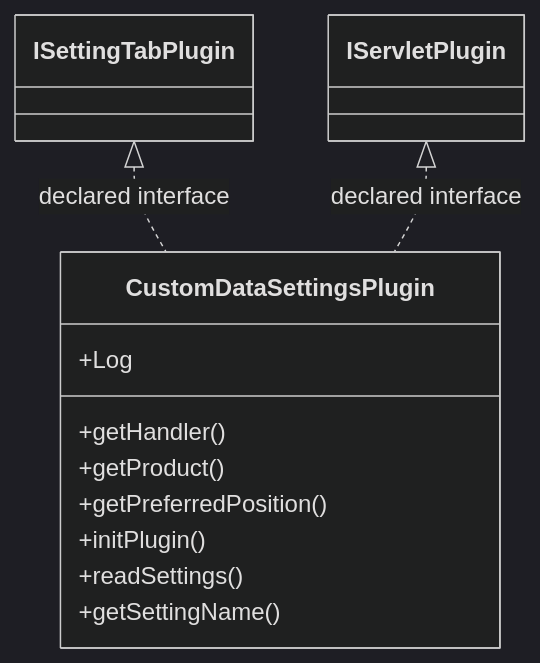
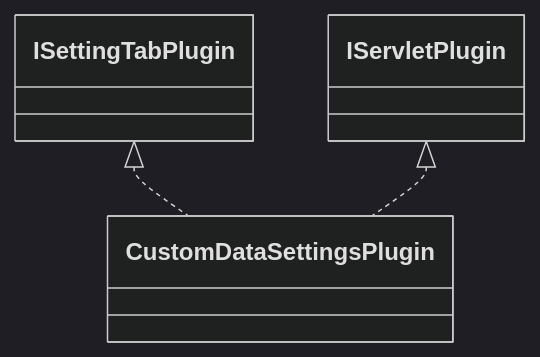
Before and after one commit to haruperi/HaruQuantAI: the diagram in docs/sqx/Shared/SettingsAutoRetestData.md, drawn with Mermaid (dark theme). The commit also changed other lines of this file and 1688 other files, not shown here.

````diff
--- a/docs/sqx/Shared/SettingsAutoRetestData.md
+++ b/docs/sqx/Shared/SettingsAutoRetestData.md
@@ -30,16 +26,8 @@
 ```mermaid
 classDiagram
-    class Cd26a5252cab4["CustomDataSettingsPlugin"] {
-        +Log
-        +getHandler()
-        +getProduct()
-        +getPreferredPosition()
-        +initPlugin()
-        +readSettings()
-        +getSettingName()
-    }
-    class C249b5c671b1a["IServletPlugin"]
-    class C27734eb41505["ISettingTabPlugin"]
-    C27734eb41505 <|.. Cd26a5252cab4 : declared interface
-    C249b5c671b1a <|.. Cd26a5252cab4 : declared interface
+    class C0["CustomDataSettingsPlugin"]
+    class E0["ISettingTabPlugin"]
+    E0 <|.. C0
+    class E1["IServletPlugin"]
+    E1 <|.. C0
 ```
````
